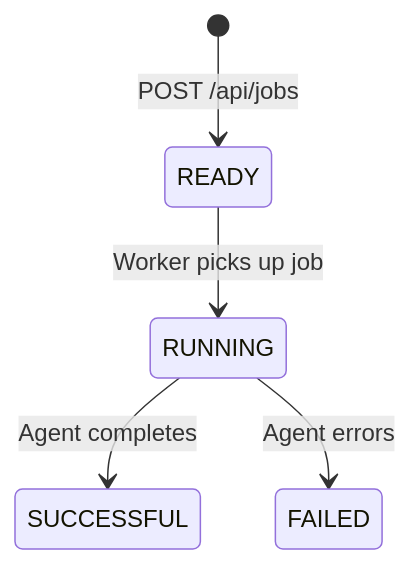
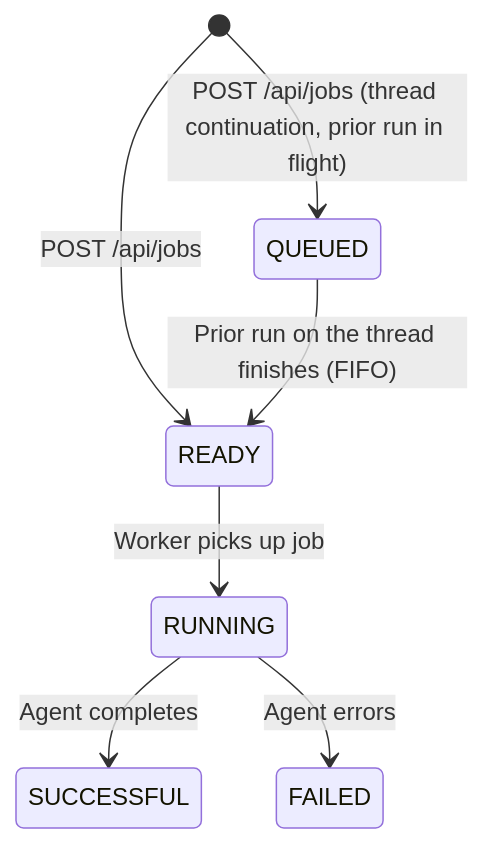
The diagram in docs/features/jobs-api.md (srtab/daiv), drawn with Mermaid before and after one commit. The commit also changed other lines of this file and 28 other files, not shown here.

````diff
--- a/docs/features/jobs-api.md
+++ b/docs/features/jobs-api.md
@@ -135,7 +169,9 @@
 ```mermaid
 stateDiagram-v2
     [*] --> READY: POST /api/jobs
+    [*] --> QUEUED: POST /api/jobs (thread continuation, prior run in flight)
+    QUEUED --> READY: Prior run on the thread finishes (FIFO)
     READY --> RUNNING: Worker picks up job
     RUNNING --> SUCCESSFUL: Agent completes
     RUNNING --> FAILED: Agent errors
 ```
````
